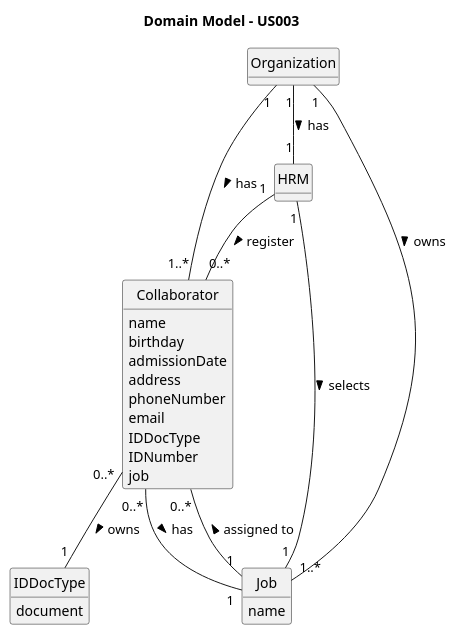
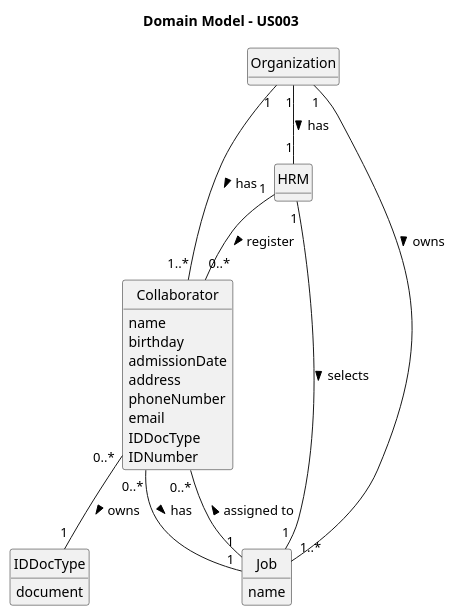
The diagram in docs/sprintA/us003/02.analysis/puml/us003-domain-model.puml (daniel41silva05/ISEP_2023_2024_LAPR2), drawn with PlantUML before and after one commit. The commit also changed 4 other files, not shown here.

```diff
--- a/docs/sprintA/us003/02.analysis/puml/us003-domain-model.puml
+++ b/docs/sprintA/us003/02.analysis/puml/us003-domain-model.puml
@@ -1,48 +1,47 @@
 @startuml
 skinparam monochrome true
 skinparam packageStyle rectangle
 skinparam shadowing false
 
 skinparam classAttributeIconSize 0
 
 hide circle
 hide methods
 
 title Domain Model - US003
 
 class Organization {
 }
 
 class Collaborator {
     name
     birthday
     admissionDate
     address
     phoneNumber
     email
     IDDocType
     IDNumber
-    job
 }
 
 class HRM {
 }
 
 class Job {
     name
 }
 
 class IDDocType {
     document
 }
 
 Organization "1" -- "1" HRM : has >
 Organization "1" -- "1..*" Collaborator : has >
 Organization "1" -- "1..*" Job : owns >
 HRM "1" -- "1" Job : selects  >
 Job "1" -- "0..*" Collaborator : assigned to >
 HRM "1" -- "0..*" Collaborator : register >
 Collaborator "0..*" -- "1" IDDocType : owns >
 Collaborator "0..*" -- "1" Job : has >
 
 @enduml
```
